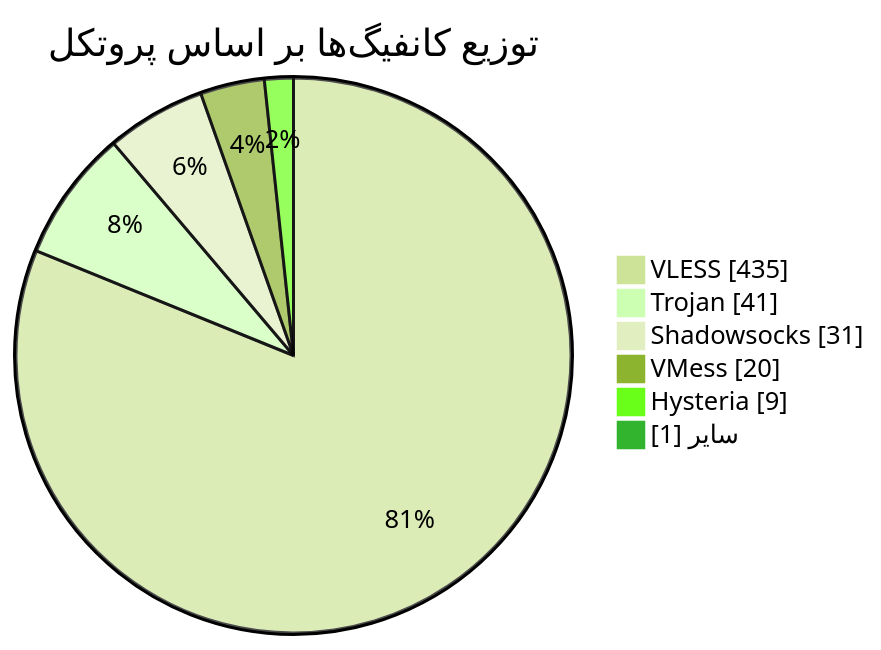
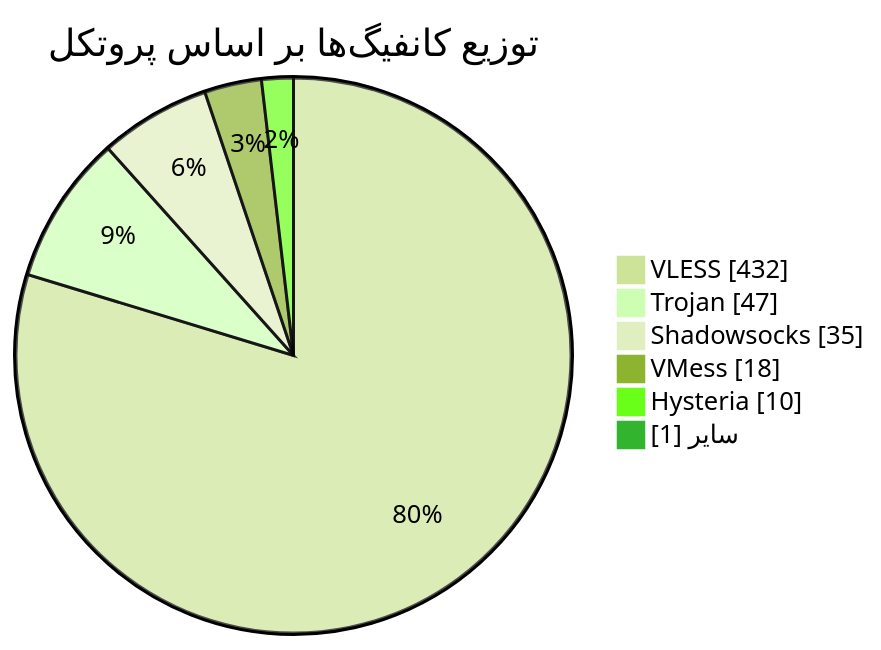
The diagram in README.md (Arian-Alijani/Somthing), drawn with Mermaid (forest theme) before and after one commit. The commit also changed other lines of this file and 85 other files, not shown here.

````diff
--- a/README.md
+++ b/README.md
@@ -48,10 +48,10 @@
 ```mermaid
 pie showData
     title توزیع کانفیگ‌ها بر اساس پروتکل
-    "VLESS" : 435
-    "Trojan" : 41
-    "Shadowsocks" : 31
-    "VMess" : 20
-    "Hysteria" : 9
+    "VLESS" : 432
+    "Trojan" : 47
+    "Shadowsocks" : 35
+    "VMess" : 18
+    "Hysteria" : 10
     "سایر" : 1
 ```
````
